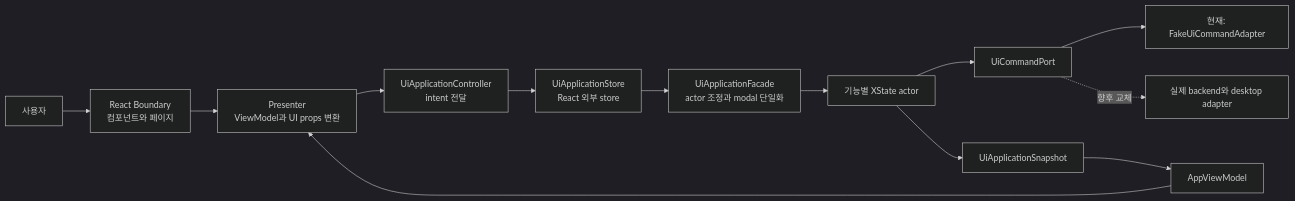
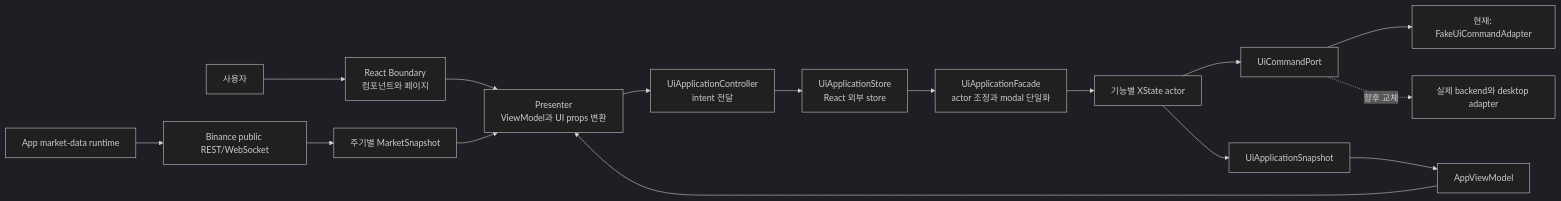
The diagram in UI/UI_ARCHITECTURE_AND_FILE_REFERENCE.md (jinhoahfei/Binance_Auto_Trading_System), drawn with Mermaid (dark theme) before and after one commit. The commit also changed other lines of this file and 30 other files, not shown here.

Commit message:
UI Chart Implementation

````diff
--- a/UI/UI_ARCHITECTURE_AND_FILE_REFERENCE.md
+++ b/UI/UI_ARCHITECTURE_AND_FILE_REFERENCE.md
@@ -48,15 +50,18 @@
 ```mermaid
 flowchart LR
     User["사용자"] --> Boundary["React Boundary\n컴포넌트와 페이지"]
     Boundary --> Presenter["Presenter\nViewModel과 UI props 변환"]
     Presenter --> Controller["UiApplicationController\nintent 전달"]
     Controller --> Store["UiApplicationStore\nReact 외부 store"]
     Store --> Facade["UiApplicationFacade\nactor 조정과 modal 단일화"]
     Facade --> Actors["기능별 XState actor"]
     Actors --> Port["UiCommandPort"]
     Port --> Fake["현재: FakeUiCommandAdapter"]
     Port -. "향후 교체" .-> Backend["실제 backend와 desktop adapter"]
     Actors --> Snapshot["UiApplicationSnapshot"]
     Snapshot --> ViewModel["AppViewModel"]
     ViewModel --> Presenter
+    App["App market-data runtime"] --> PublicMarket["Binance public REST/WebSocket"]
+    PublicMarket --> MarketSnapshot["주기별 MarketSnapshot"]
+    MarketSnapshot --> Presenter
 ```
````
